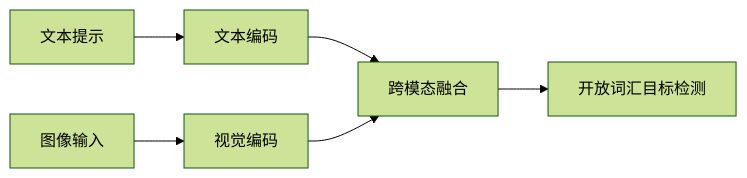
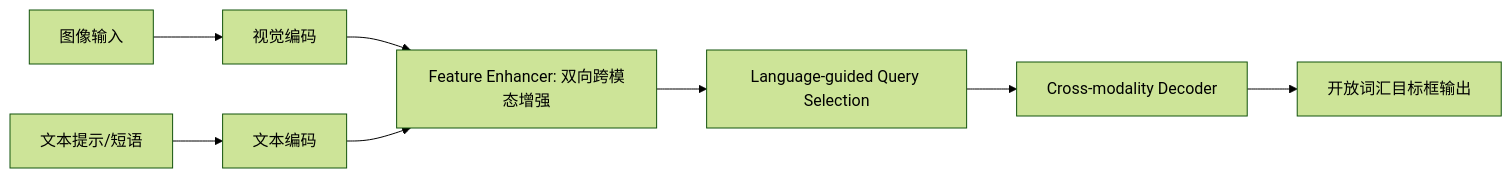
Before and after one commit to Rosmontiser/Brotherhood-of-AI: the diagram in Weekly_upload/Week_04/g-dino.md, drawn with Mermaid (forest theme). The commit also changed other lines of this file and 1 other file, not shown here.

````diff
--- a/Weekly_upload/Week_04/g-dino.md
+++ b/Weekly_upload/Week_04/g-dino.md
@@ -9,8 +26,10 @@
 ```mermaid
 flowchart LR
-T[文本提示] --> A[文本编码]
-I[图像输入] --> B[视觉编码]
-A --> C[跨模态融合]
-B --> C
-C --> D[开放词汇目标检测]
+I[图像输入] --> V[视觉编码]
+T[文本提示/短语] --> L[文本编码]
+V --> F[Feature Enhancer: 双向跨模态增强]
+L --> F
+F --> Q[Language-guided Query Selection]
+Q --> D[Cross-modality Decoder]
+D --> O[开放词汇目标框输出]
 ```
````
